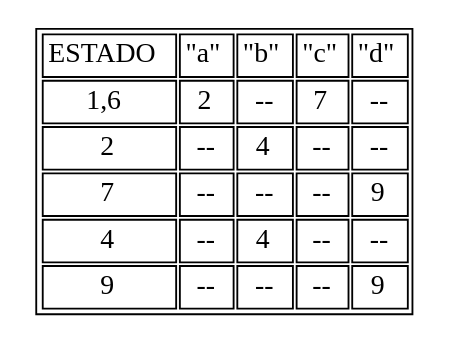
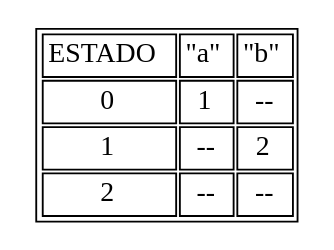
One commit to elimazariegosr/OLC1_Proyecto1_201709426 changed the diagram in OLC_Proyecto1_201709426/bin/Debug/tb_er1.dot. Above: the diagram before and after it, drawn with Graphviz. The commit also changed 28 other files, not shown here.

```diff
--- a/OLC_Proyecto1_201709426/bin/Debug/tb_er1.dot
+++ b/OLC_Proyecto1_201709426/bin/Debug/tb_er1.dot
@@ -1,38 +1,20 @@
 digraph Grafica{
 graph [ratio=fill];
 node [label="\N", fontsize=15, shape=plaintext];
 graph [bb="0,0,352,154"];arset [label=<
         <TABLE ALIGN="LEFT">
 <TR><TD>ESTADO</TD>
 <TD>"a"</TD>
 <TD>"b"</TD>
-<TD>"c"</TD>
-<TD>"d"</TD>
-</TR><TR><TD>1,6</TD>
+</TR><TR><TD>0</TD>
+<TD>1</TD>
+<TD>--</TD>
+</TR><TR><TD>1</TD>
+<TD>--</TD>
 <TD>2</TD>
-<TD>--</TD>
-<TD>7</TD>
-<TD>--</TD>
 </TR><TR><TD>2</TD>
 <TD>--</TD>
-<TD>4</TD>
 <TD>--</TD>
-<TD>--</TD>
-</TR><TR><TD>7</TD>
-<TD>--</TD>
-<TD>--</TD>
-<TD>--</TD>
-<TD>9</TD>
-</TR><TR><TD>4</TD>
-<TD>--</TD>
-<TD>4</TD>
-<TD>--</TD>
-<TD>--</TD>
-</TR><TR><TD>9</TD>
-<TD>--</TD>
-<TD>--</TD>
-<TD>--</TD>
-<TD>9</TD>
 </TR></TABLE>
 >,];
 }
```
